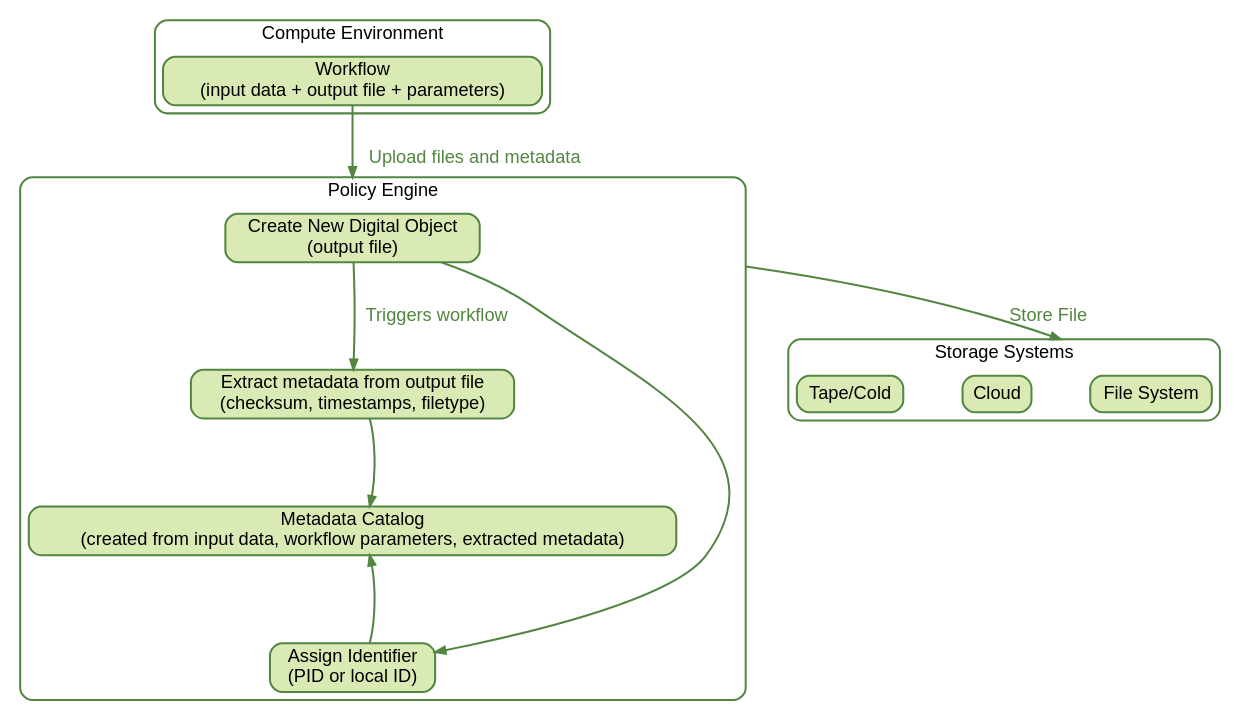
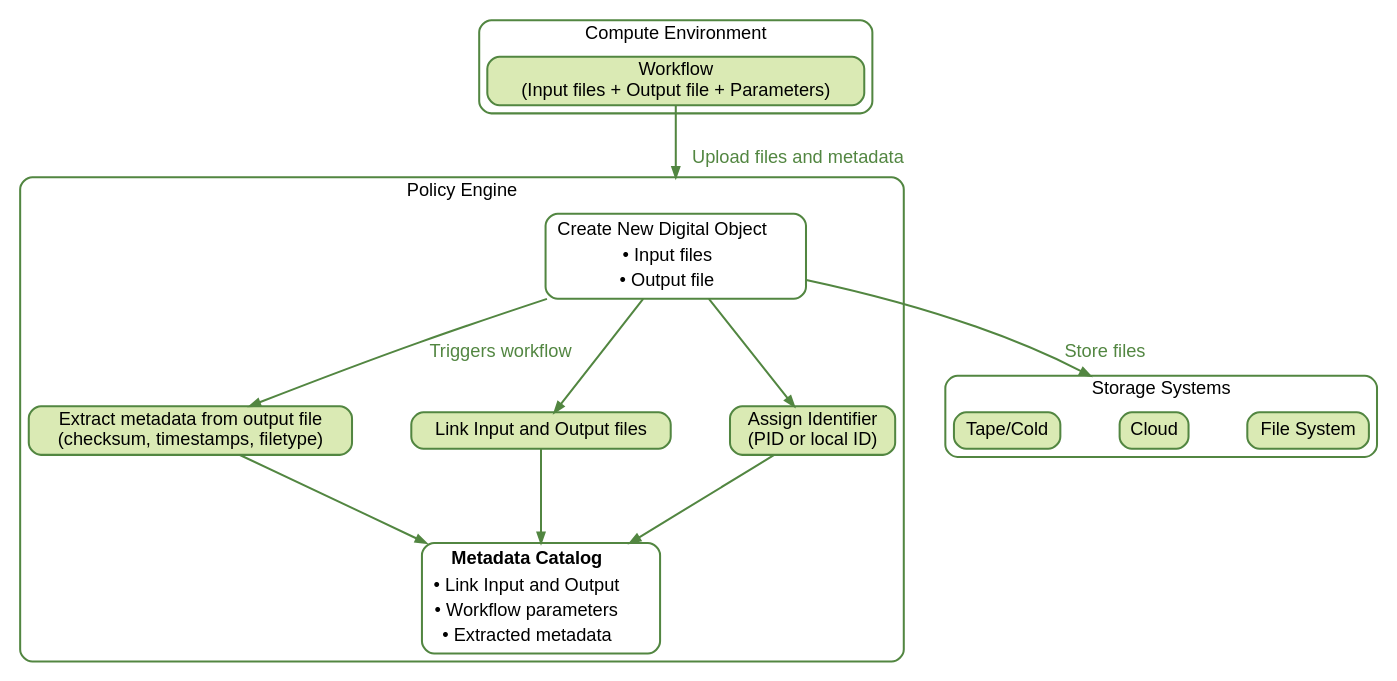
The fifth of 6 diagrams in book/policy-engines.qmd (chStaiger/rdm-tech-foundations), drawn with Graphviz before and after one commit. The commit also changed other lines of this file, not shown here.

```diff
--- a/book/policy-engines.qmd
+++ b/book/policy-engines.qmd
@@ -565,7 +514,7 @@
         penwidth=2;
         style="rounded";
 
-        WF [label="Workflow\n(input data + output file + parameters)"];
+        WF [label="Workflow\n(Input files + Output file + Parameters)"];
     }
 
     // ----------------------------------------------------
@@ -577,15 +526,31 @@
         penwidth=2;
         style="rounded";
 
-        NewObj  [label="Create New Digital Object\n(output file)"];
+        NewObj [
+            label=<
+                <TABLE BORDER="0" CELLBORDER="0" CELLSPACING="1">
+                    <TR><TD>Create New Digital Object</TD></TR>
+                    <TR><TD ALIGN="CENTER">&#8226; Input files</TD></TR>
+                    <TR><TD ALIGN="CENTER">&#8226; Output file</TD></TR>
+                </TABLE>
+            >,
+            fillcolor="white",
+        ];
         Extract [label="Extract metadata from output file\n(checksum, timestamps, filetype)"];
-        Catalog [label="Metadata Catalog\n(created from input data, workflow parameters, extracted metadata)"];
+        Link    [label="Link Input and Output files"]
         ID      [label="Assign Identifier\n(PID or local ID)"];
+        Catalog [
+            label=<
+                <TABLE BORDER="0" CELLBORDER="0" CELLSPACING="1">
+                    //<TR><TD><B>Metadata Catalog</B></TD></TR>
+                    <TR><TD ALIGN="CENTER">&#8226; Link Input and Output</TD></TR>
+                    <TR><TD ALIGN="CENTER">&#8226; Workflow parameters</TD></TR>
+                    <TR><TD ALIGN="CENTER">&#8226; Extracted metadata</TD></TR>
+                </TABLE>
+            >,
+            fillcolor="white",
+        ]
 
-        // Vertical stacking
-        NewObj   -> Extract [style=invis, weight=50];
-        Extract  -> Catalog [style=invis, weight=50];
-        Catalog  -> ID      [style=invis, weight=50];
     }
 
     // ----------------------------------------------------
@@ -608,8 +573,10 @@
     // ----------------------------------------------------
     WF      -> NewObj [label="Upload files and metadata", lhead="cluster_policy_engine"]; 
     NewObj  -> Extract [label="Triggers workflow"];
-    NewObj  -> Store1 [label="Store File", ltail="cluster_policy_engine", lhead="cluster_storage"]
+    NewObj  -> Store2 [label="Store files", lhead="cluster_storage"]
+    NewObj  -> Link;
     NewObj  -> ID;
+    Link   -> Catalog;
     ID -> Catalog;
     Extract -> Catalog;
 }    
```
